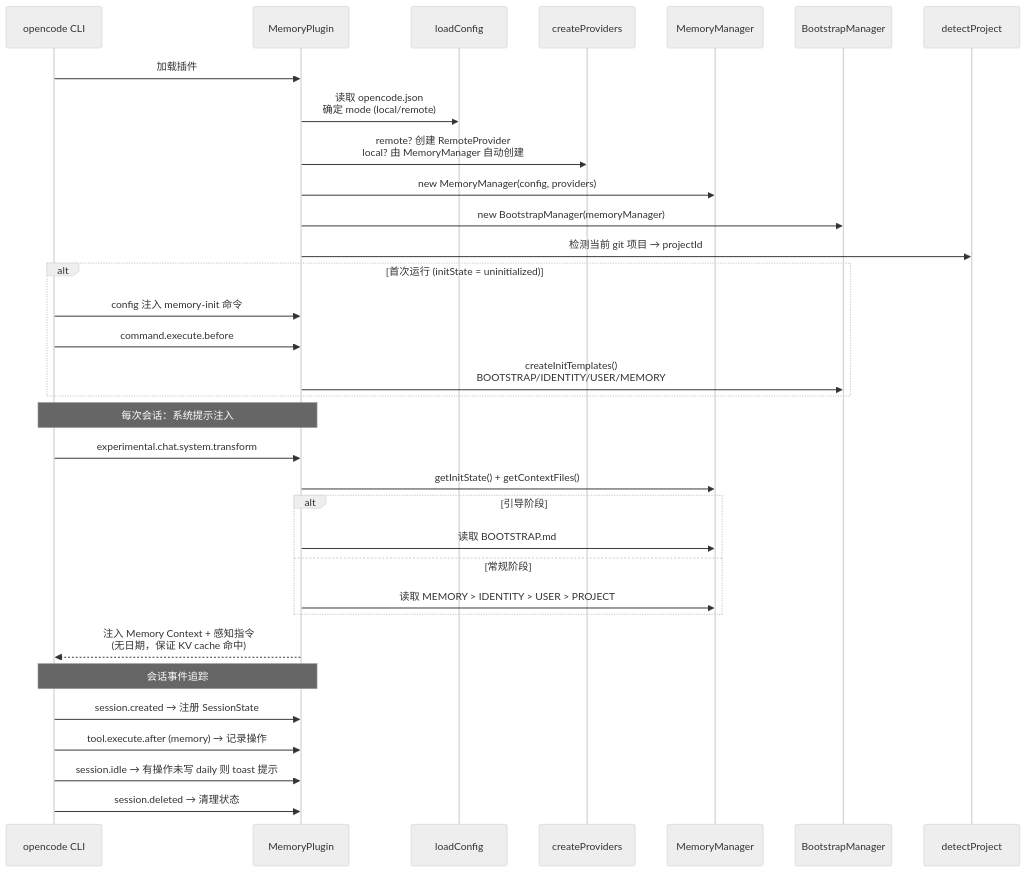
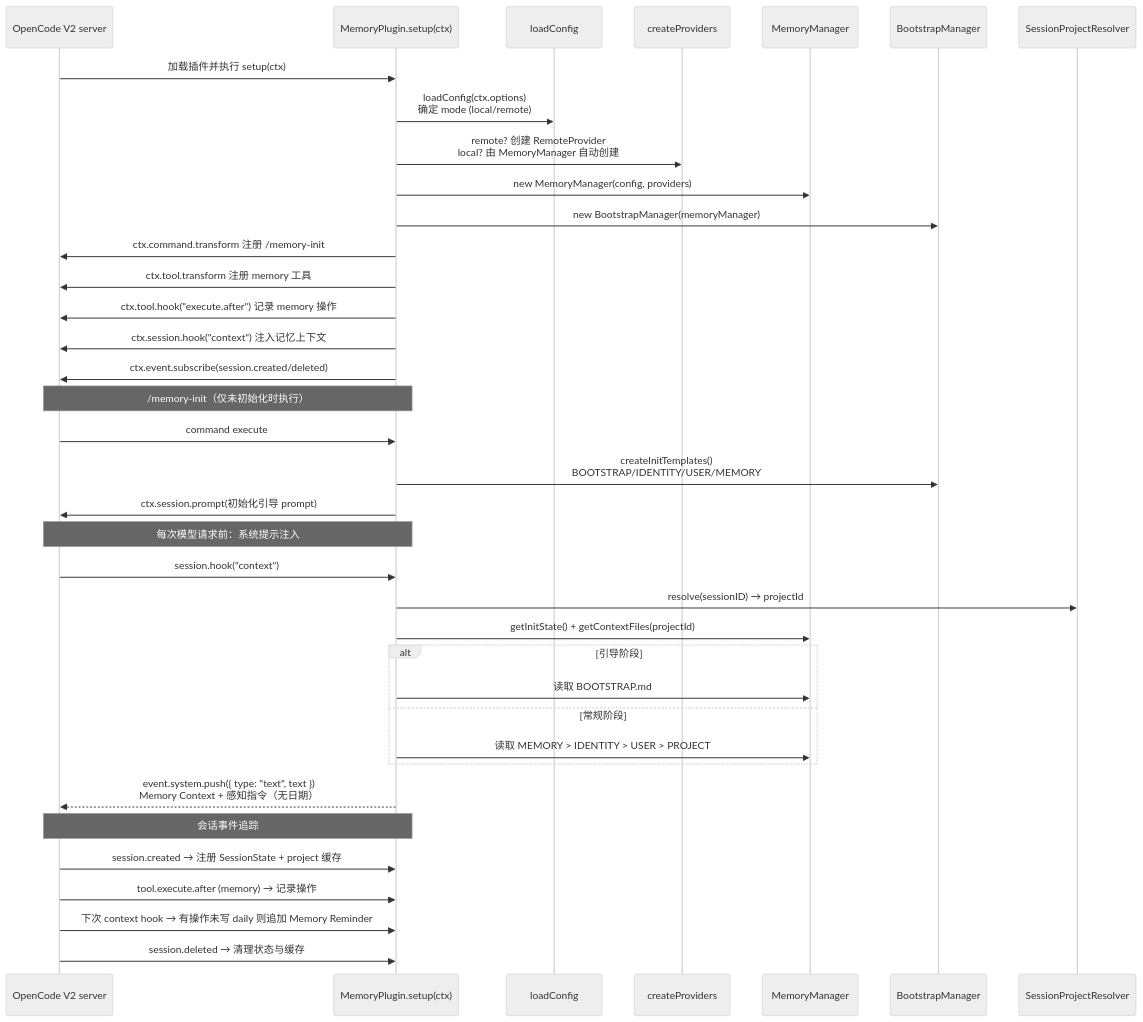
Before and after one commit to devcxl/opencode-memory: the second of 6 diagrams in docs/dev/architecture-flow.md, drawn with Mermaid (neutral theme). The commit also changed other lines of this file and 19 other files, not shown here.

Commit message:
feat(plugin)!: 升级到 OpenCode V2 插件 API (2.0.0)

````diff
--- a/docs/dev/architecture-flow.md
+++ b/docs/dev/architecture-flow.md
@@ -66,39 +66,43 @@
 ```mermaid
 sequenceDiagram
-    participant OC as opencode CLI
-    participant P as MemoryPlugin
+    participant OC as OpenCode V2 server
+    participant P as MemoryPlugin.setup(ctx)
     participant C as loadConfig
     participant F as createProviders
     participant M as MemoryManager
     participant B as BootstrapManager
-    participant D as detectProject
+    participant R as SessionProjectResolver
 
-    OC->>P: 加载插件
-    P->>C: 读取 opencode.json<br/>确定 mode (local/remote)
+    OC->>P: 加载插件并执行 setup(ctx)
+    P->>C: loadConfig(ctx.options)<br/>确定 mode (local/remote)
     P->>F: remote? 创建 RemoteProvider<br/>local? 由 MemoryManager 自动创建
     P->>M: new MemoryManager(config, providers)
     P->>B: new BootstrapManager(memoryManager)
-    P->>D: 检测当前 git 项目 → projectId
+    P->>OC: ctx.command.transform 注册 /memory-init
+    P->>OC: ctx.tool.transform 注册 memory 工具
+    P->>OC: ctx.tool.hook("execute.after") 记录 memory 操作
+    P->>OC: ctx.session.hook("context") 注入记忆上下文
+    P->>OC: ctx.event.subscribe(session.created/deleted)
 
-    alt 首次运行 (initState = uninitialized)
-        OC->>P: config 注入 memory-init 命令
-        OC->>P: command.execute.before
-        P->>B: createInitTemplates()<br/>BOOTSTRAP/IDENTITY/USER/MEMORY
-    end
+    Note over OC,P: /memory-init（仅未初始化时执行）
+    OC->>P: command execute
+    P->>B: createInitTemplates()<br/>BOOTSTRAP/IDENTITY/USER/MEMORY
+    P->>OC: ctx.session.prompt(初始化引导 prompt)
 
-    Note over OC,P: 每次会话：系统提示注入
-    OC->>P: experimental.chat.system.transform
-    P->>M: getInitState() + getContextFiles()
+    Note over OC,P: 每次模型请求前：系统提示注入
+    OC->>P: session.hook("context")
+    P->>R: resolve(sessionID) → projectId
+    P->>M: getInitState() + getContextFiles(projectId)
     alt 引导阶段
         P->>M: 读取 BOOTSTRAP.md
     else 常规阶段
         P->>M: 读取 MEMORY > IDENTITY > USER > PROJECT
     end
-    P-->>OC: 注入 Memory Context + 感知指令<br/>(无日期，保证 KV cache 命中)
+    P-->>OC: event.system.push({ type: "text", text })<br/>Memory Context + 感知指令（无日期）
 
     Note over OC,P: 会话事件追踪
-    OC->>P: session.created → 注册 SessionState
+    OC->>P: session.created → 注册 SessionState + project 缓存
     OC->>P: tool.execute.after (memory) → 记录操作
-    OC->>P: session.idle → 有操作未写 daily 则 toast 提示
-    OC->>P: session.deleted → 清理状态
+    OC->>P: 下次 context hook → 有操作未写 daily 则追加 Memory Reminder
+    OC->>P: session.deleted → 清理状态与缓存
 ```
````
